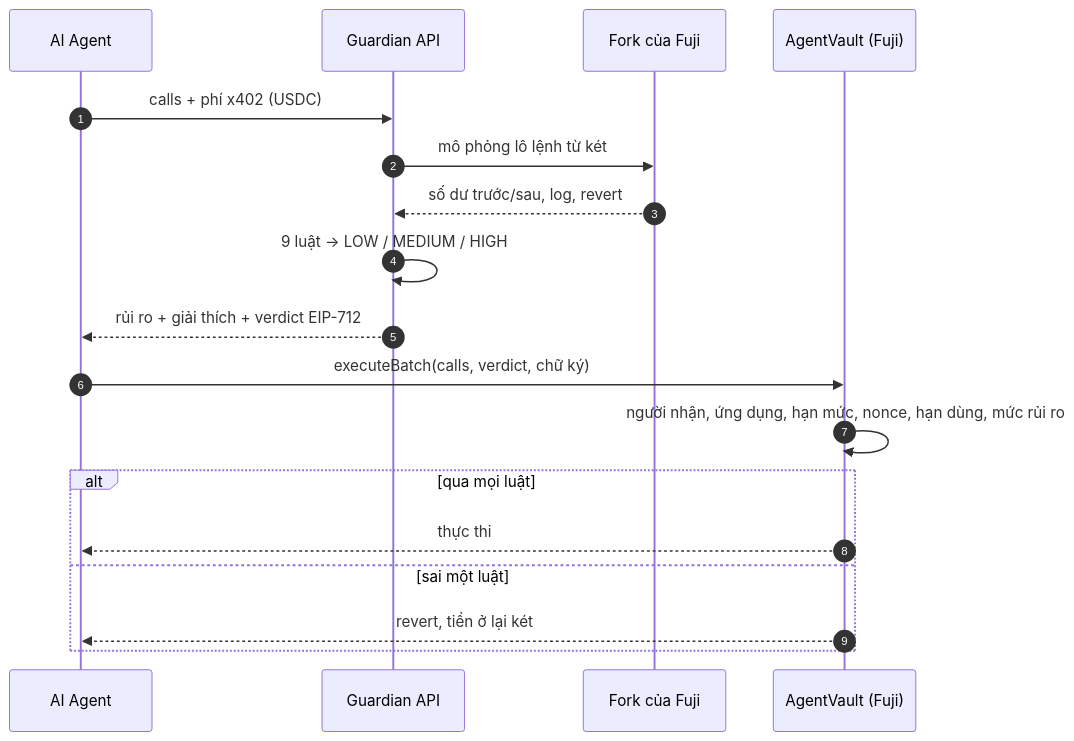
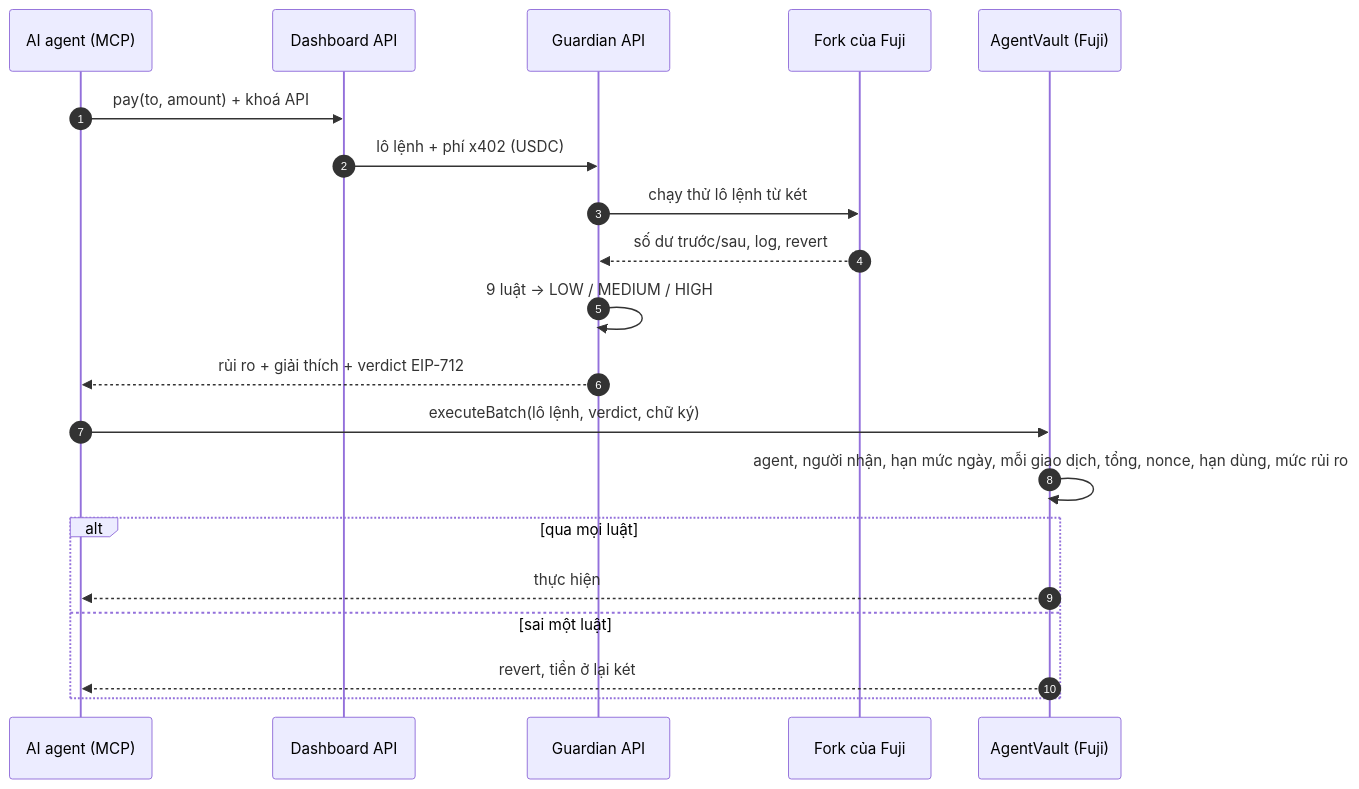
The diagram in README.md (surinatheworld/guardian402), drawn with Mermaid before and after one commit. The commit also changed other lines of this file and 7 other files, not shown here.

````diff
--- a/README.md
+++ b/README.md
@@ -200,20 +159,22 @@
 ```mermaid
 sequenceDiagram
     autonumber
-    participant A as AI Agent
+    participant A as AI agent (MCP)
+    participant D as Dashboard API
     participant G as Guardian API
     participant F as Fork của Fuji
     participant V as AgentVault (Fuji)
-    A->>G: calls + phí x402 (USDC)
-    G->>F: mô phỏng lô lệnh từ két
+    A->>D: pay(to, amount) + khoá API
+    D->>G: lô lệnh + phí x402 (USDC)
+    G->>F: chạy thử lô lệnh từ két
     F-->>G: số dư trước/sau, log, revert
     G->>G: 9 luật → LOW / MEDIUM / HIGH
     G-->>A: rủi ro + giải thích + verdict EIP-712
-    A->>V: executeBatch(calls, verdict, chữ ký)
-    V->>V: người nhận, ứng dụng, hạn mức, nonce, hạn dùng, mức rủi ro
+    A->>V: executeBatch(lô lệnh, verdict, chữ ký)
+    V->>V: agent, người nhận, hạn mức ngày, mỗi giao dịch, tổng, nonce, hạn dùng, mức rủi ro
     alt qua mọi luật
-        V-->>A: thực thi
+        V-->>A: thực hiện
     else sai một luật
         V-->>A: revert, tiền ở lại két
     end
 ```
````
